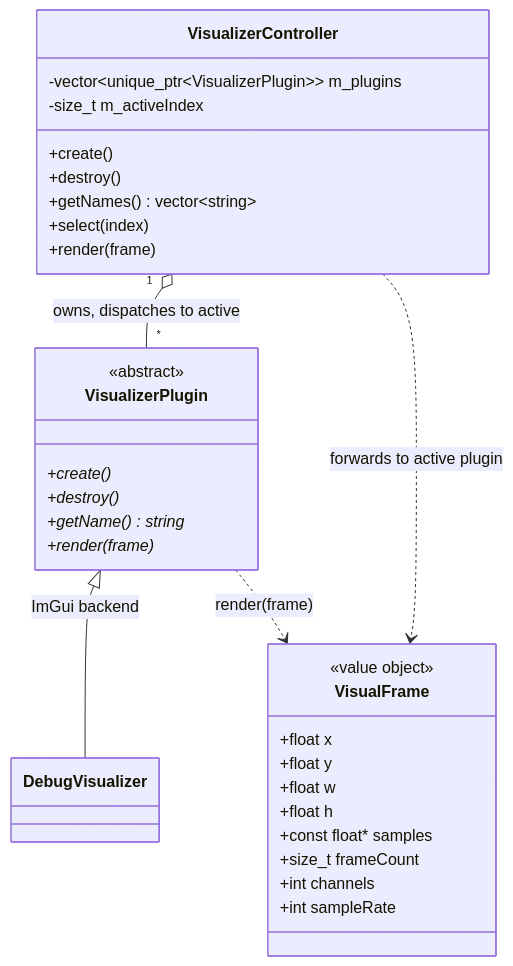
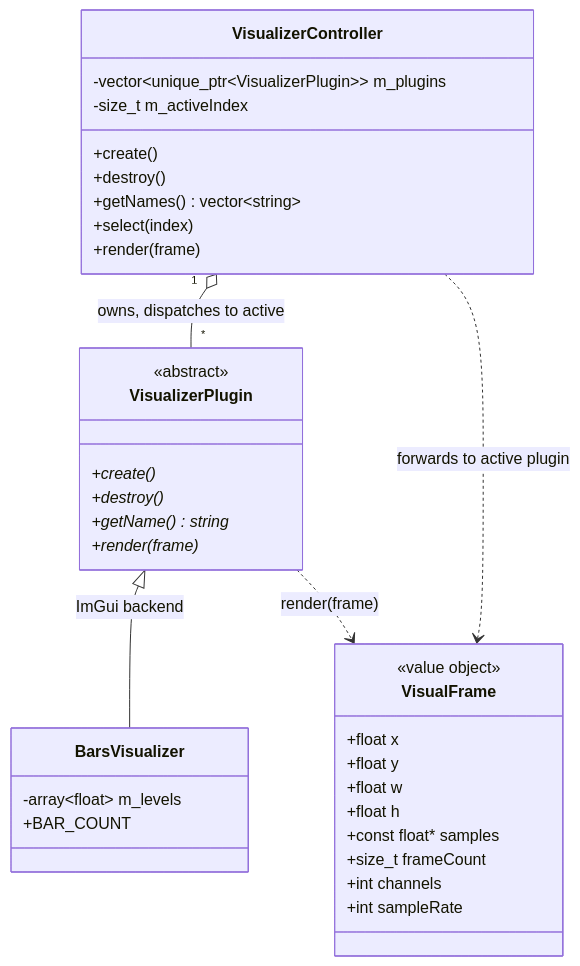
The diagram in docs/visualization.md (notnotme/osp2), drawn with Mermaid before and after one commit. The commit also changed other lines of this file and 9 other files, not shown here.

First line of the commit message:
feat: BarsVisualizer audio-driven bars (TODO_8 8c)

````diff
--- a/docs/visualization.md
+++ b/docs/visualization.md
@@ -5,40 +5,42 @@
 ```mermaid
 classDiagram
     class VisualFrame {
         <<value object>>
         +float x
         +float y
         +float w
         +float h
         +const float* samples
         +size_t frameCount
         +int channels
         +int sampleRate
     }
 
     class VisualizerPlugin {
         <<abstract>>
         +create()*
         +destroy()*
         +getName()* string
         +render(frame)*
     }
 
-    class DebugVisualizer {
+    class BarsVisualizer {
+        -array~float~ m_levels
+        +BAR_COUNT
     }
 
     class VisualizerController {
         -vector~unique_ptr~VisualizerPlugin~~ m_plugins
         -size_t m_activeIndex
         +create()
         +destroy()
         +getNames() vector~string~
         +select(index)
         +render(frame)
     }
 
     VisualizerController "1" o-- "*" VisualizerPlugin : owns, dispatches to active
-    VisualizerPlugin <|-- DebugVisualizer : ImGui backend
+    VisualizerPlugin <|-- BarsVisualizer : ImGui backend
     VisualizerPlugin ..> VisualFrame : render(frame)
     VisualizerController ..> VisualFrame : forwards to active plugin
 ```
````
